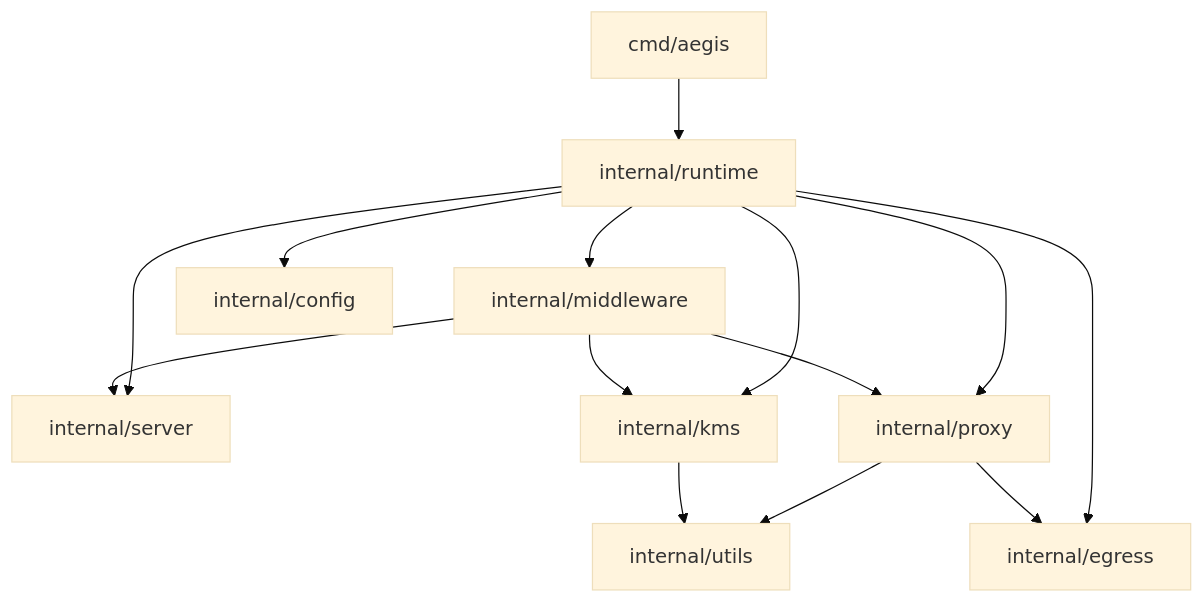
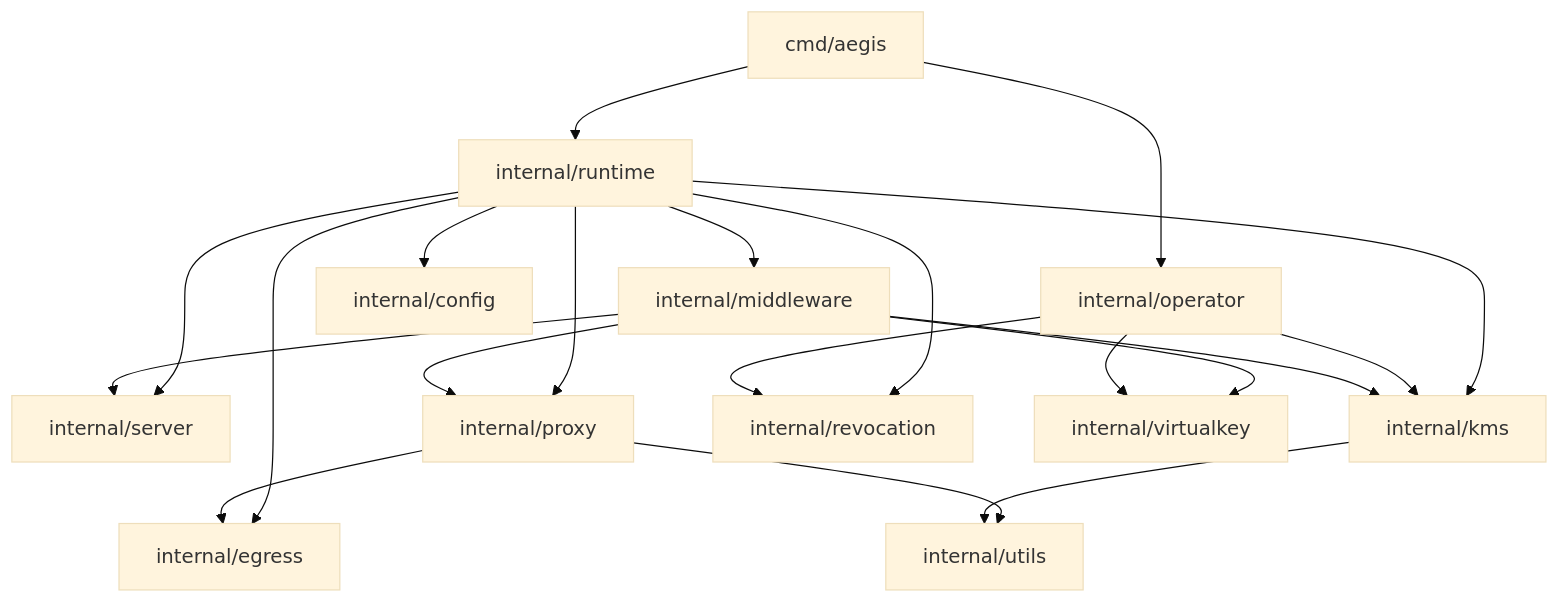
One commit to yknothing/AegisLLM changed the diagram in docs/module-boundaries.md. Above: the diagram before and after it, drawn with Mermaid (base theme). The commit also changed other lines of this file and 18 other files, not shown here.

Commit message:
docs: record v0.2.1 architecture and release evidence

````diff
--- a/docs/module-boundaries.md
+++ b/docs/module-boundaries.md
@@ -5,16 +5,22 @@
 ```mermaid
 flowchart TD
   cmd["cmd/aegis"] --> runtime["internal/runtime"]
+  cmd --> operator["internal/operator"]
   runtime --> server["internal/server"]
   runtime --> middleware["internal/middleware"]
   runtime --> kms["internal/kms"]
   runtime --> egress["internal/egress"]
   runtime --> proxy["internal/proxy"]
   runtime --> config["internal/config"]
+  runtime --> revocation["internal/revocation"]
+  middleware --> virtualkey["internal/virtualkey"]
+  operator --> virtualkey
+  operator --> revocation
+  operator --> kms
   middleware --> server
   middleware --> kms
   middleware --> proxy
   proxy --> egress
   proxy --> utils["internal/utils"]
   kms --> utils
 ```
````
